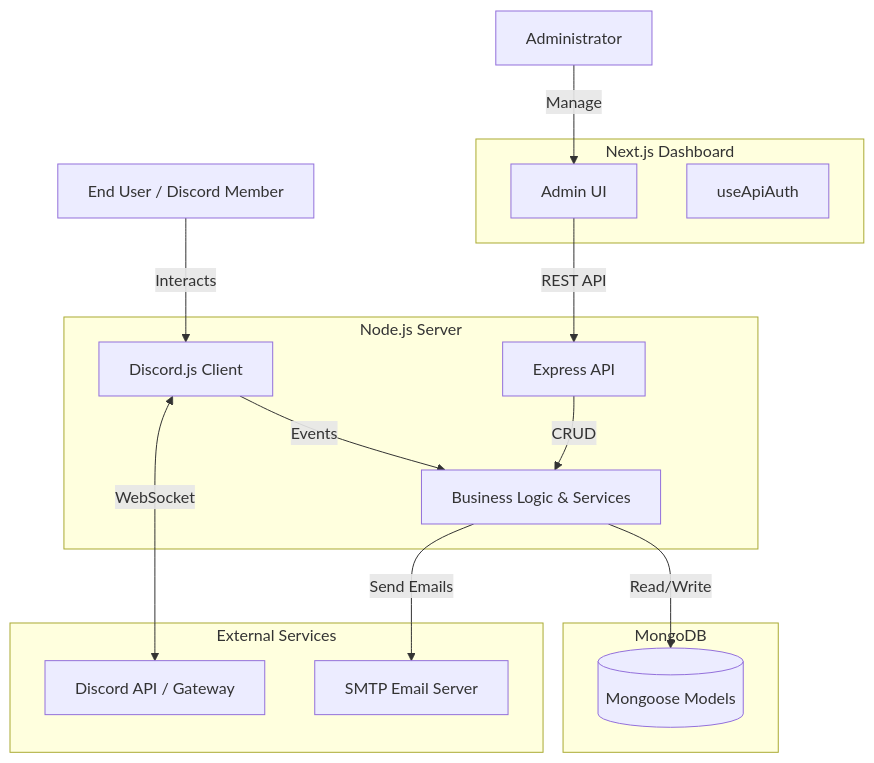
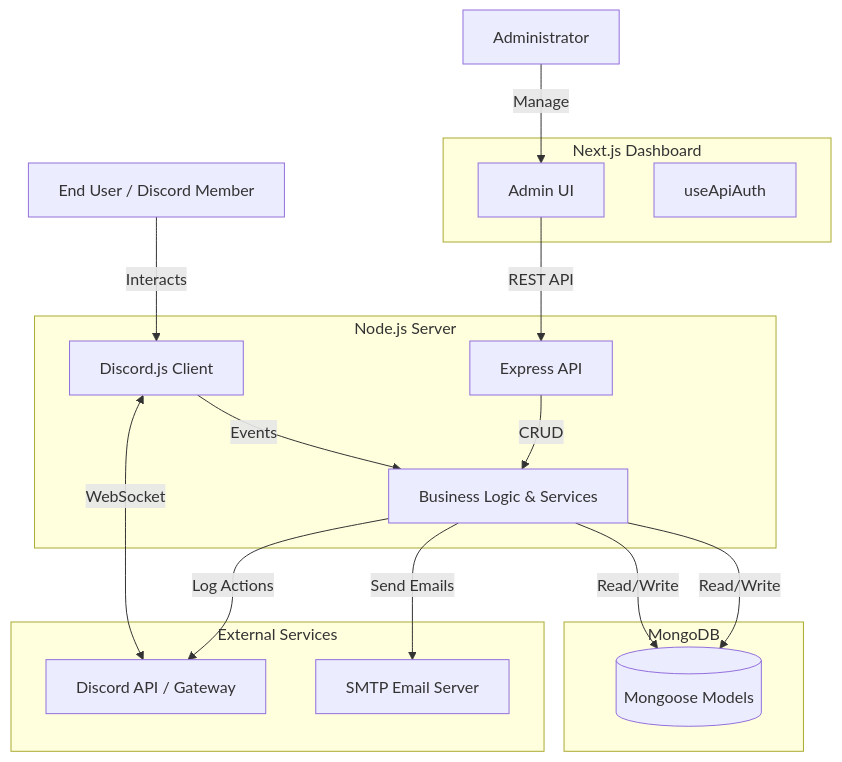
Before and after one commit to CodesBy-Asif/devweekend-discordBot: the first of 4 diagrams in docs/technical_architecture.md, drawn with Mermaid. The commit also changed other lines of this file and 8 other files, not shown here.

````diff
--- a/docs/technical_architecture.md
+++ b/docs/technical_architecture.md
@@ -9,34 +9,36 @@
 ```mermaid
 graph TD
     User[End User / Discord Member]
     Admin[Administrator]
     
     subgraph Frontend [Next.js Dashboard]
         UI[Admin UI]
         AuthHook[useApiAuth]
     end
     
     subgraph Backend [Node.js Server]
         API[Express API]
         Bot[Discord.js Client]
         Services[Business Logic & Services]
     end
     
     subgraph Database [MongoDB]
         DB[(Mongoose Models)]
     end
     
     subgraph External [External Services]
         DiscordAPI[Discord API / Gateway]
         SMTP[SMTP Email Server]
     end
 
     Admin -->|Manage| UI
     UI -->|REST API| API
     User -->|Interacts| Bot
     Bot <-->|WebSocket| DiscordAPI
     Bot -->|Events| Services
     API -->|CRUD| Services
     Services -->|Read/Write| DB
+    Services -->|Read/Write| DB
     Services -->|Send Emails| SMTP
+    Services -->|Log Actions| DiscordAPI
 ```
````
